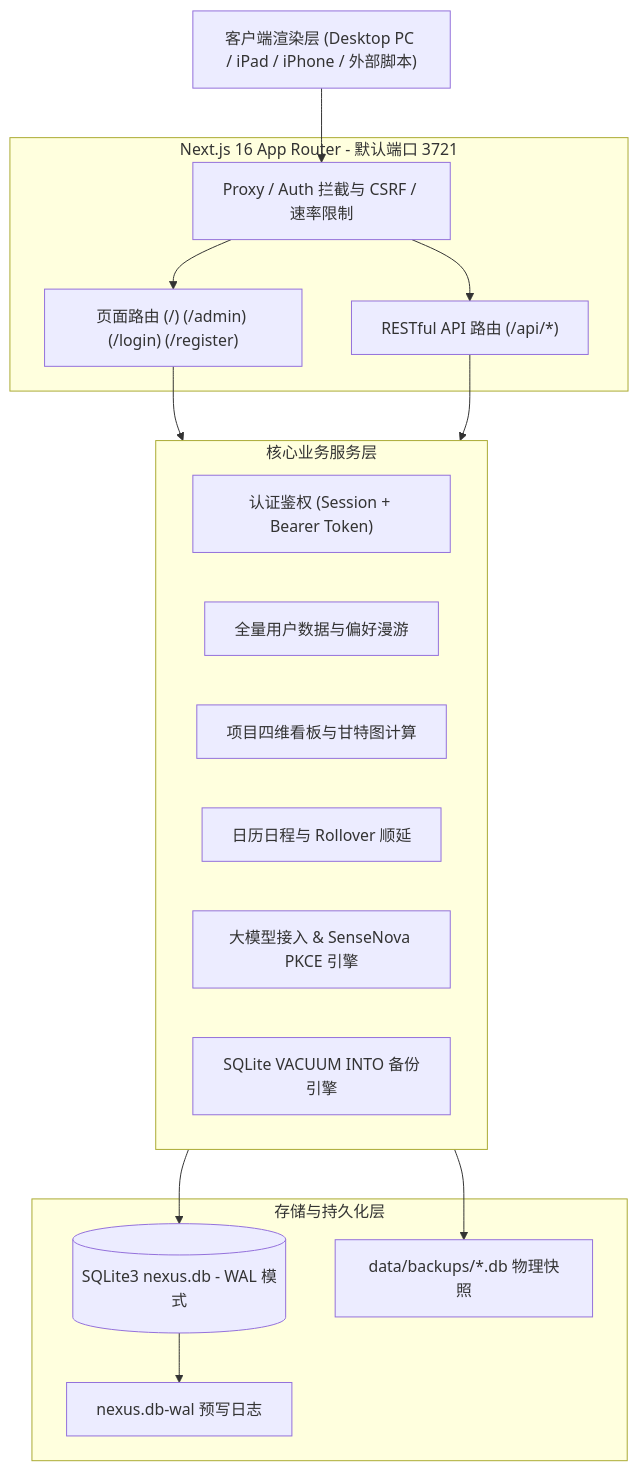
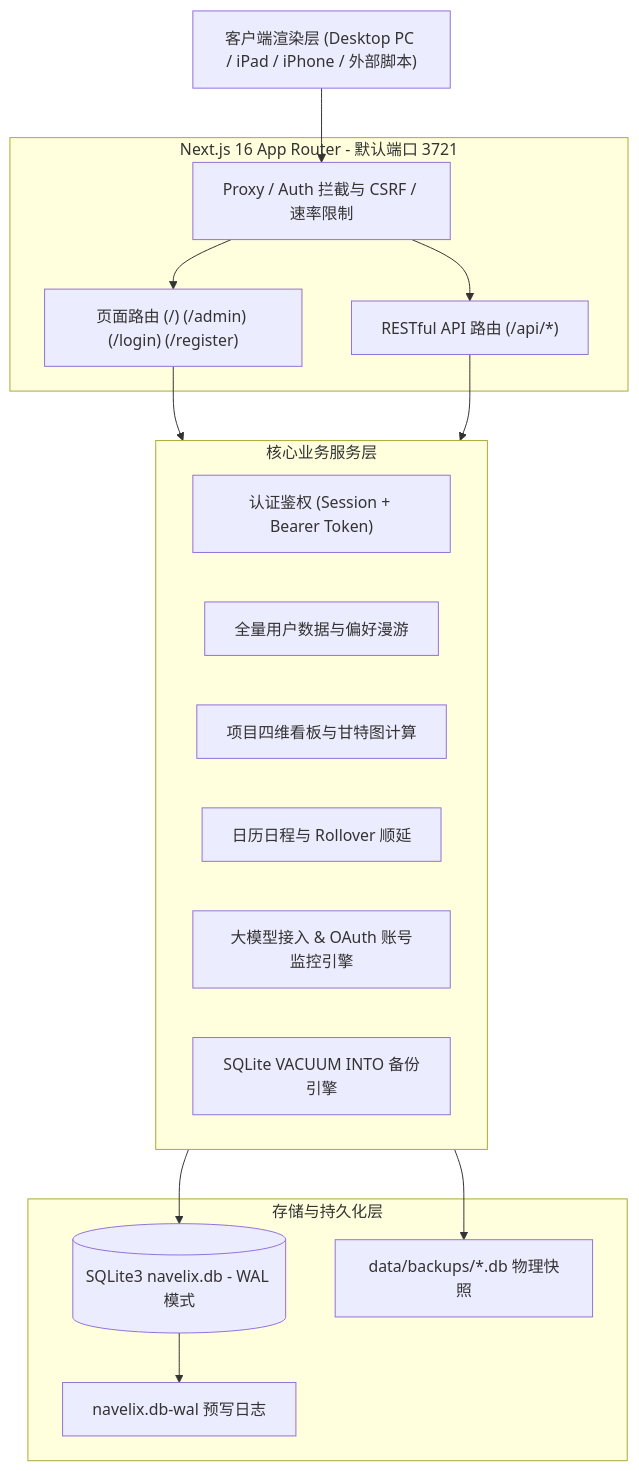
Before and after one commit to timorpic/Navelix: the diagram in wiki/Architecture-系统架构与技术选型.md, drawn with Mermaid. The commit also changed other lines of this file and 11 other files, not shown here.

````diff
--- a/wiki/Architecture-系统架构与技术选型.md
+++ b/wiki/Architecture-系统架构与技术选型.md
@@ -22,34 +22,34 @@
 ```mermaid
 graph TD
     Client["客户端渲染层 (Desktop PC / iPad / iPhone / 外部脚本)"]
     
     subgraph AppRouter["Next.js 16 App Router - 默认端口 3721"]
         Page["页面路由 (/) (/admin) (/login) (/register)"]
         APIRoute["RESTful API 路由 (/api/*)"]
         Middleware["Proxy / Auth 拦截与 CSRF / 速率限制"]
     end
 
     subgraph CoreService["核心业务服务层"]
         AuthModule["认证鉴权 (Session + Bearer Token)"]
         UserDataModule["全量用户数据与偏好漫游"]
         ProjectModule["项目四维看板与甘特图计算"]
         TodoModule["日历日程与 Rollover 顺延"]
-        AIModule["大模型接入 & SenseNova PKCE 引擎"]
+        AIModule["大模型接入 & OAuth 账号监控引擎"]
         BackupModule["SQLite VACUUM INTO 备份引擎"]
     end
 
     subgraph Storage["存储与持久化层"]
-        SQLite[("SQLite3 nexus.db - WAL 模式")]
-        WALLog["nexus.db-wal 预写日志"]
+        SQLite[("SQLite3 navelix.db - WAL 模式")]
+        WALLog["navelix.db-wal 预写日志"]
         BackupFiles["data/backups/*.db 物理快照"]
     end
 
     Client --> Middleware
     Middleware --> Page
     Middleware --> APIRoute
     Page --> CoreService
     APIRoute --> CoreService
     CoreService --> SQLite
     SQLite --> WALLog
     CoreService --> BackupFiles
 ```
````
